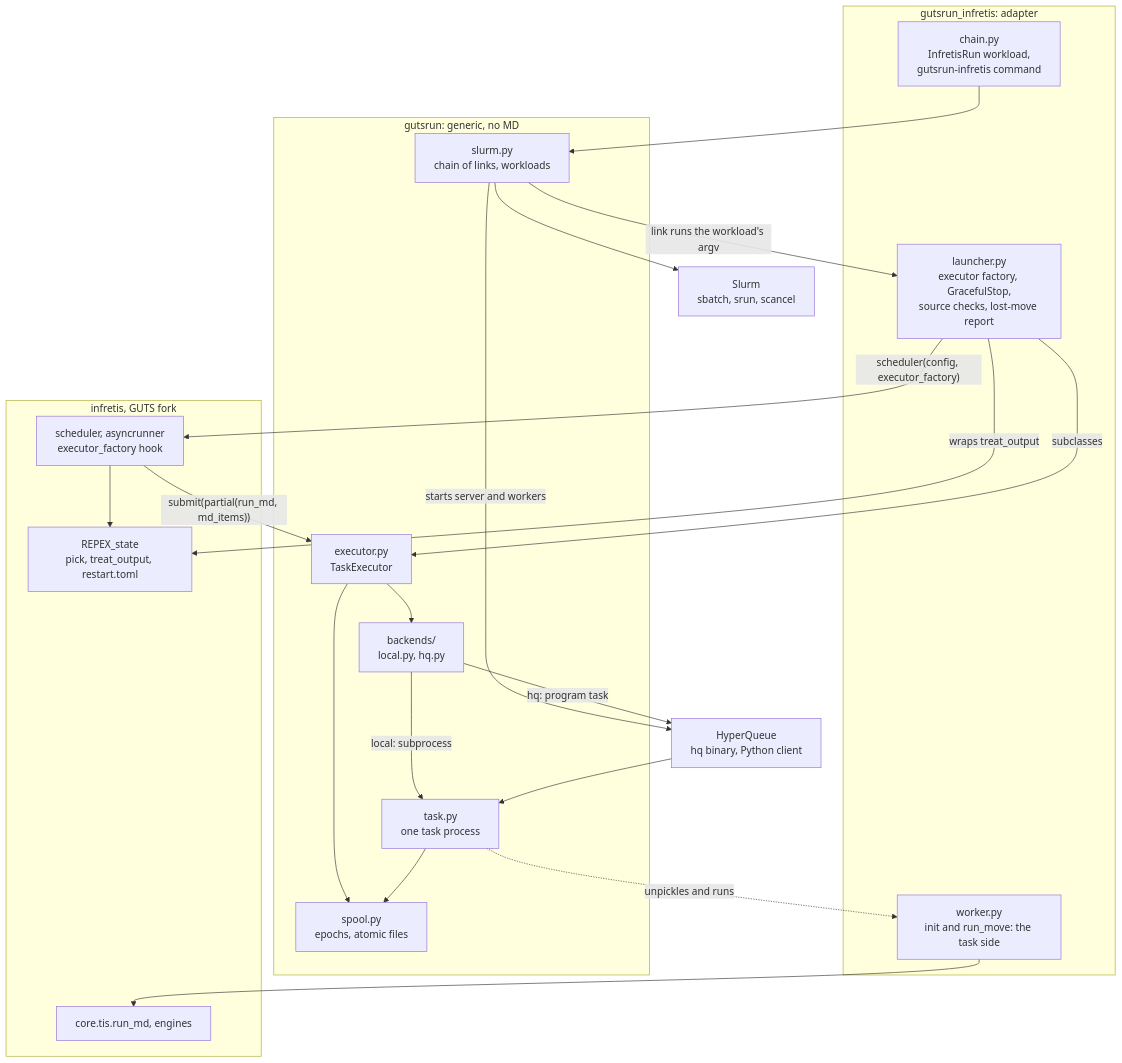
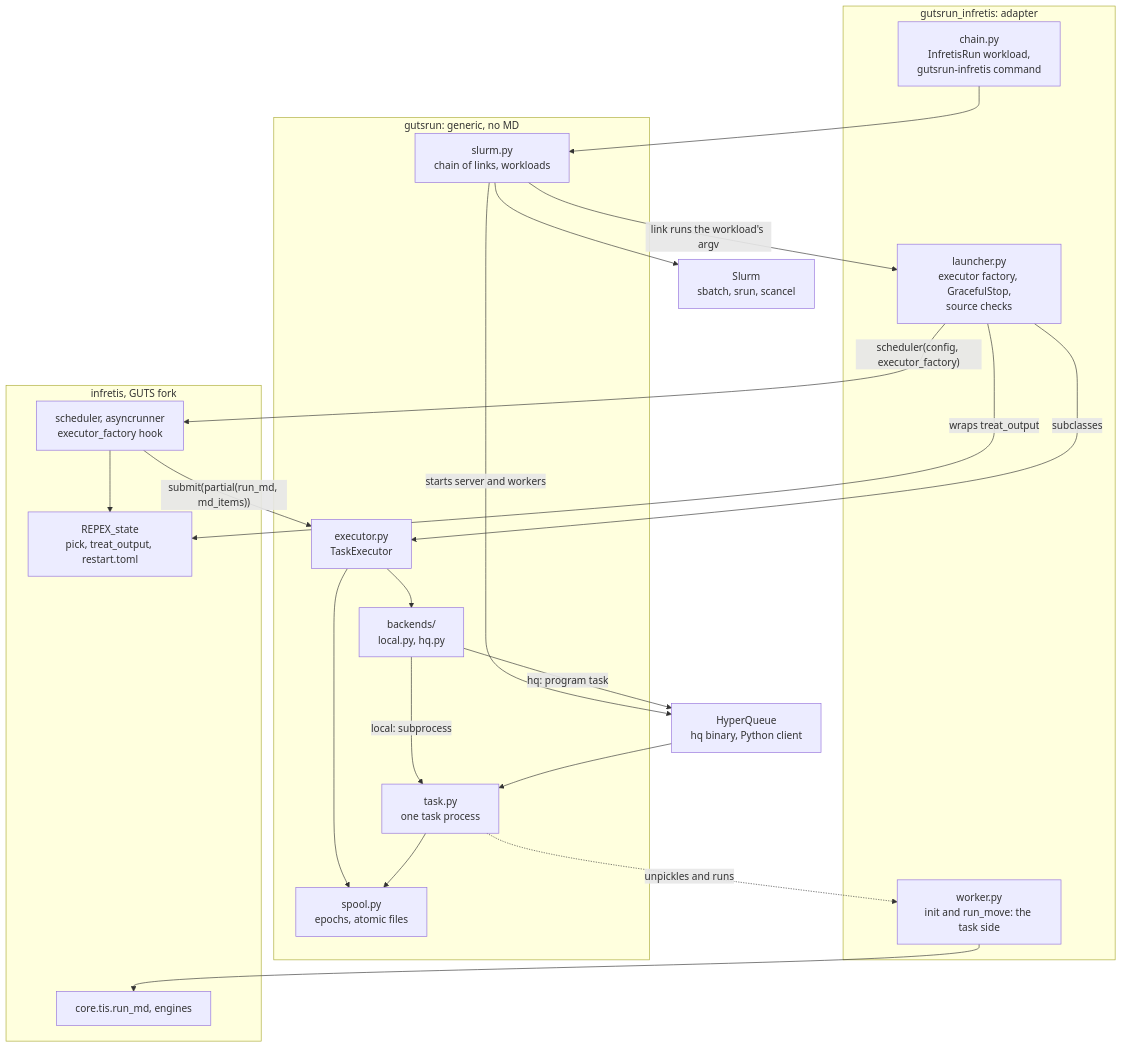
The second of 3 diagrams in DEVELOPMENT.md (GUTSframework/infretis_hyperqueue), drawn with Mermaid before and after one commit. The commit also changed other lines of this file and 4 other files, not shown here.

First line of the commit message:
Drop the lost-move records

````diff
--- a/DEVELOPMENT.md
+++ b/DEVELOPMENT.md
@@ -80,40 +80,40 @@
 ```mermaid
 flowchart TB
     subgraph adapter["gutsrun_infretis: adapter"]
         ichain["chain.py<br/>InfretisRun workload,<br/>gutsrun-infretis command"]
-        launcher["launcher.py<br/>executor factory, GracefulStop,<br/>source checks, lost-move report"]
+        launcher["launcher.py<br/>executor factory, GracefulStop,<br/>source checks"]
         worker["worker.py<br/>init and run_move: the task side"]
     end
     subgraph generic["gutsrun: generic, no MD"]
         slurm["slurm.py<br/>chain of links, workloads"]
         executor["executor.py<br/>TaskExecutor"]
         spool["spool.py<br/>epochs, atomic files"]
         task["task.py<br/>one task process"]
         backends["backends/<br/>local.py, hq.py"]
     end
     subgraph infretis["infretis, GUTS fork"]
         sched["scheduler, asyncrunner<br/>executor_factory hook"]
         repex["REPEX_state<br/>pick, treat_output, restart.toml"]
         engines["core.tis.run_md, engines"]
     end
     hq["HyperQueue<br/>hq binary, Python client"]
     sl["Slurm<br/>sbatch, srun, scancel"]
 
     ichain --> slurm
     slurm --> sl
     slurm -- "starts server and workers" --> hq
     slurm -- "link runs the workload's argv" --> launcher
     launcher -- "scheduler(config, executor_factory)" --> sched
     launcher -- "wraps treat_output" --> repex
     launcher -- "subclasses" --> executor
     sched --> repex
     sched -- "submit(partial(run_md, md_items))" --> executor
     executor --> spool
     executor --> backends
     backends -- "local: subprocess" --> task
     backends -- "hq: program task" --> hq
     hq --> task
     task --> spool
     task -. "unpickles and runs" .-> worker
     worker --> engines
 ```
````
